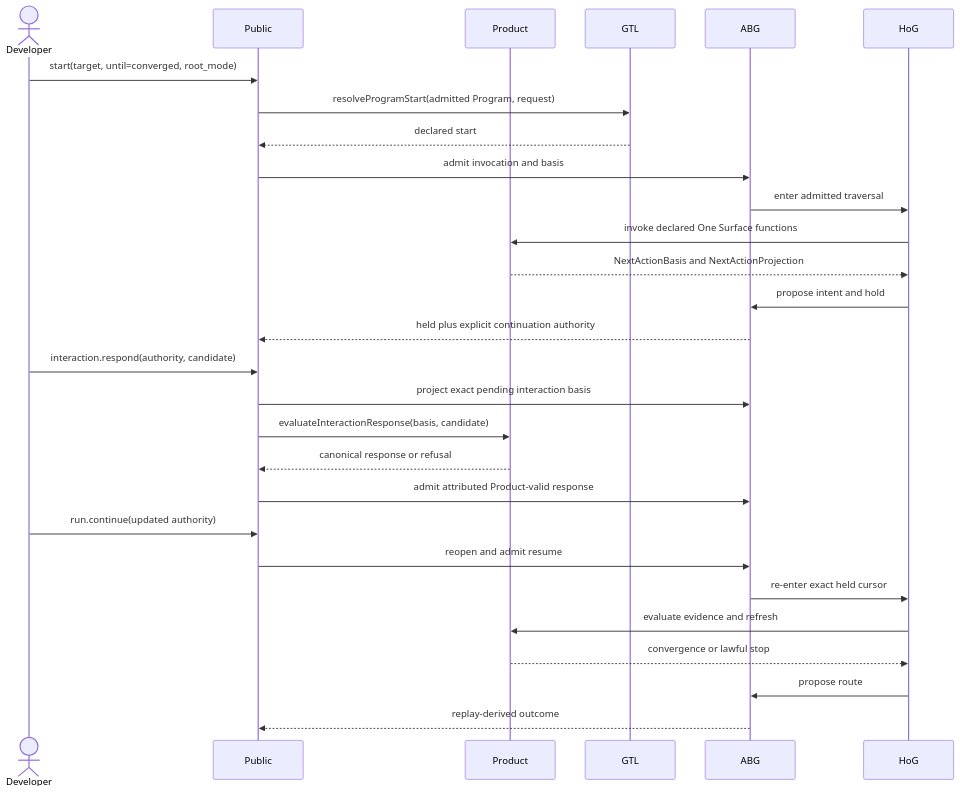
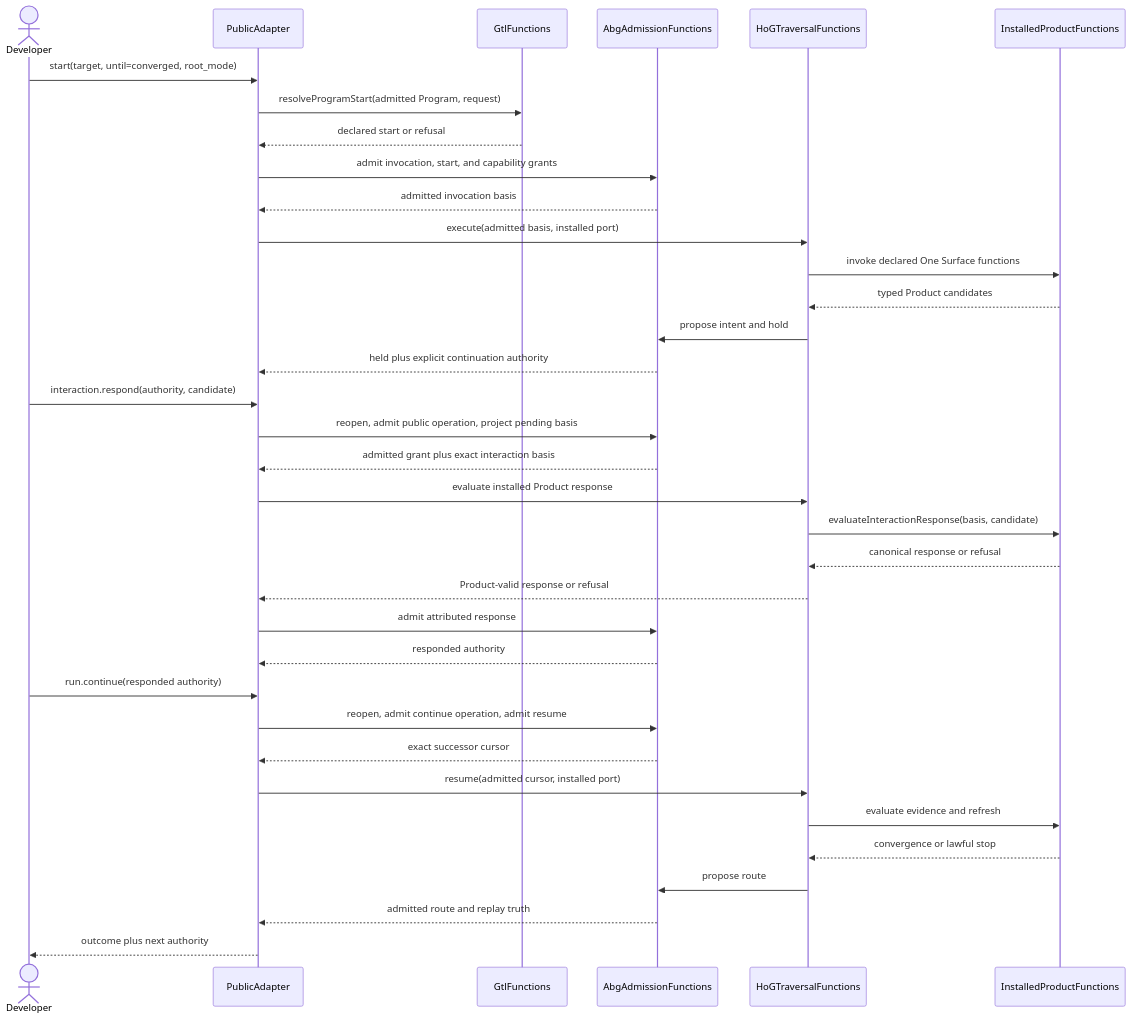
One commit to foolishimp/abiogenesis changed the sixth of 7 diagrams in build_tenants/abiogenesis/typescript/design/M05_DIRECT_GTL_TRAVERSAL_EXPANSION_DESIGN.md. Above: the diagram before and after it, drawn with Mermaid. The commit also changed other lines of this file and 17 other files, not shown here.

Commit message:
fix(s03): close durable continuation authority

````diff
--- a/build_tenants/abiogenesis/typescript/design/M05_DIRECT_GTL_TRAVERSAL_EXPANSION_DESIGN.md
+++ b/build_tenants/abiogenesis/typescript/design/M05_DIRECT_GTL_TRAVERSAL_EXPANSION_DESIGN.md
@@ -1331,30 +1449,37 @@
 ```mermaid
 sequenceDiagram
   actor Developer
-  participant Public
-  participant Product
-  participant GTL
-  participant ABG
-  participant HoG
-  Developer->>Public: start(target, until=converged, root_mode)
-  Public->>GTL: resolveProgramStart(admitted Program, request)
-  GTL-->>Public: declared start
-  Public->>ABG: admit invocation and basis
-  ABG->>HoG: enter admitted traversal
-  HoG->>Product: invoke declared One Surface functions
-  Product-->>HoG: NextActionBasis and NextActionProjection
-  HoG->>ABG: propose intent and hold
-  ABG-->>Public: held plus explicit continuation authority
-  Developer->>Public: interaction.respond(authority, candidate)
-  Public->>ABG: project exact pending interaction basis
-  Public->>Product: evaluateInteractionResponse(basis, candidate)
-  Product-->>Public: canonical response or refusal
-  Public->>ABG: admit attributed Product-valid response
-  Developer->>Public: run.continue(updated authority)
-  Public->>ABG: reopen and admit resume
-  ABG->>HoG: re-enter exact held cursor
-  HoG->>Product: evaluate evidence and refresh
-  Product-->>HoG: convergence or lawful stop
-  HoG->>ABG: propose route
-  ABG-->>Public: replay-derived outcome
+  participant PublicAdapter
+  participant GtlFunctions
+  participant AbgAdmissionFunctions
+  participant HoGTraversalFunctions
+  participant InstalledProductFunctions
+  Developer->>PublicAdapter: start(target, until=converged, root_mode)
+  PublicAdapter->>GtlFunctions: resolveProgramStart(admitted Program, request)
+  GtlFunctions-->>PublicAdapter: declared start or refusal
+  PublicAdapter->>AbgAdmissionFunctions: admit invocation, start, and capability grants
+  AbgAdmissionFunctions-->>PublicAdapter: admitted invocation basis
+  PublicAdapter->>HoGTraversalFunctions: execute(admitted basis, installed port)
+  HoGTraversalFunctions->>InstalledProductFunctions: invoke declared One Surface functions
+  InstalledProductFunctions-->>HoGTraversalFunctions: typed Product candidates
+  HoGTraversalFunctions->>AbgAdmissionFunctions: propose intent and hold
+  AbgAdmissionFunctions-->>PublicAdapter: held plus explicit continuation authority
+  Developer->>PublicAdapter: interaction.respond(authority, candidate)
+  PublicAdapter->>AbgAdmissionFunctions: reopen, admit public operation, project pending basis
+  AbgAdmissionFunctions-->>PublicAdapter: admitted grant plus exact interaction basis
+  PublicAdapter->>HoGTraversalFunctions: evaluate installed Product response
+  HoGTraversalFunctions->>InstalledProductFunctions: evaluateInteractionResponse(basis, candidate)
+  InstalledProductFunctions-->>HoGTraversalFunctions: canonical response or refusal
+  HoGTraversalFunctions-->>PublicAdapter: Product-valid response or refusal
+  PublicAdapter->>AbgAdmissionFunctions: admit attributed response
+  AbgAdmissionFunctions-->>PublicAdapter: responded authority
+  Developer->>PublicAdapter: run.continue(responded authority)
+  PublicAdapter->>AbgAdmissionFunctions: reopen, admit continue operation, admit resume
+  AbgAdmissionFunctions-->>PublicAdapter: exact successor cursor
+  PublicAdapter->>HoGTraversalFunctions: resume(admitted cursor, installed port)
+  HoGTraversalFunctions->>InstalledProductFunctions: evaluate evidence and refresh
+  InstalledProductFunctions-->>HoGTraversalFunctions: convergence or lawful stop
+  HoGTraversalFunctions->>AbgAdmissionFunctions: propose route
+  AbgAdmissionFunctions-->>PublicAdapter: admitted route and replay truth
+  PublicAdapter-->>Developer: outcome plus next authority
 ```
````
